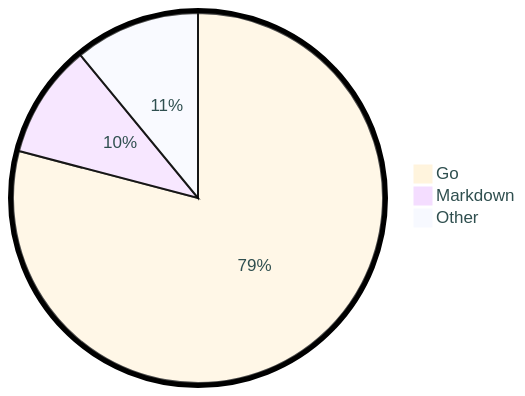
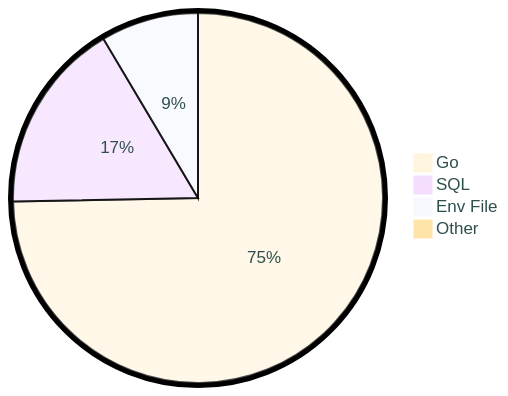
The diagram in README.md (tot0p/tot0p), drawn with Mermaid before and after one commit. The commit also changed other lines of this file, not shown here.

````diff
--- a/README.md
+++ b/README.md
@@ -73,7 +70,8 @@
 ```mermaid
 %%{init: {"pie": {"textPosition": 0.5}, "themeVariables": {"pieOuterStrokeWidth": "5px","primaryTextColor" : "#2F4F4F"},"theme":"base"} }%%
 pie
-	"Go": 79.08
-	"Markdown": 9.96
-	"Other": 10.959999999999999
+	"Go": 74.66
+	"SQL": 16.75
+	"Env File": 8.53
+	"Other": 0.06
 ```
````
